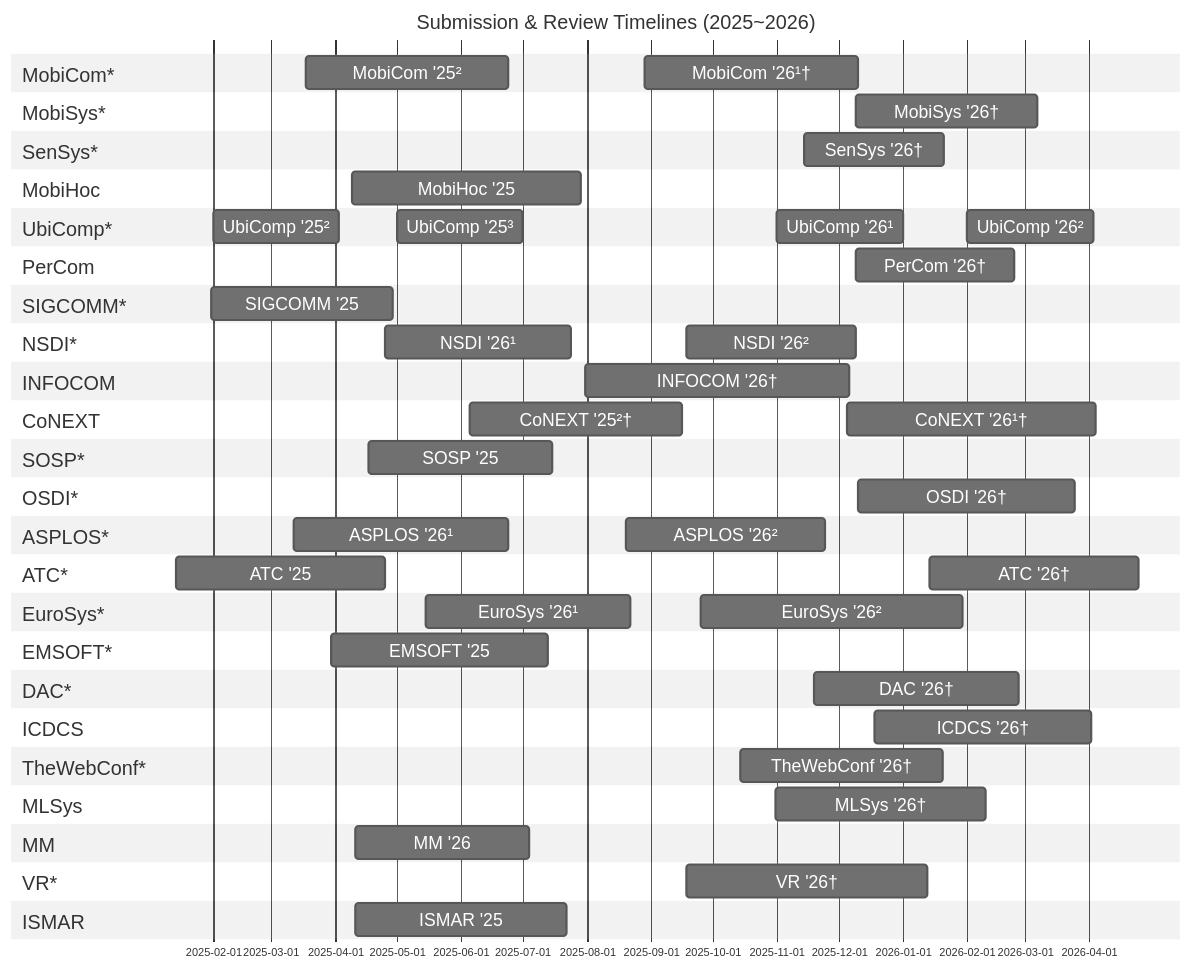
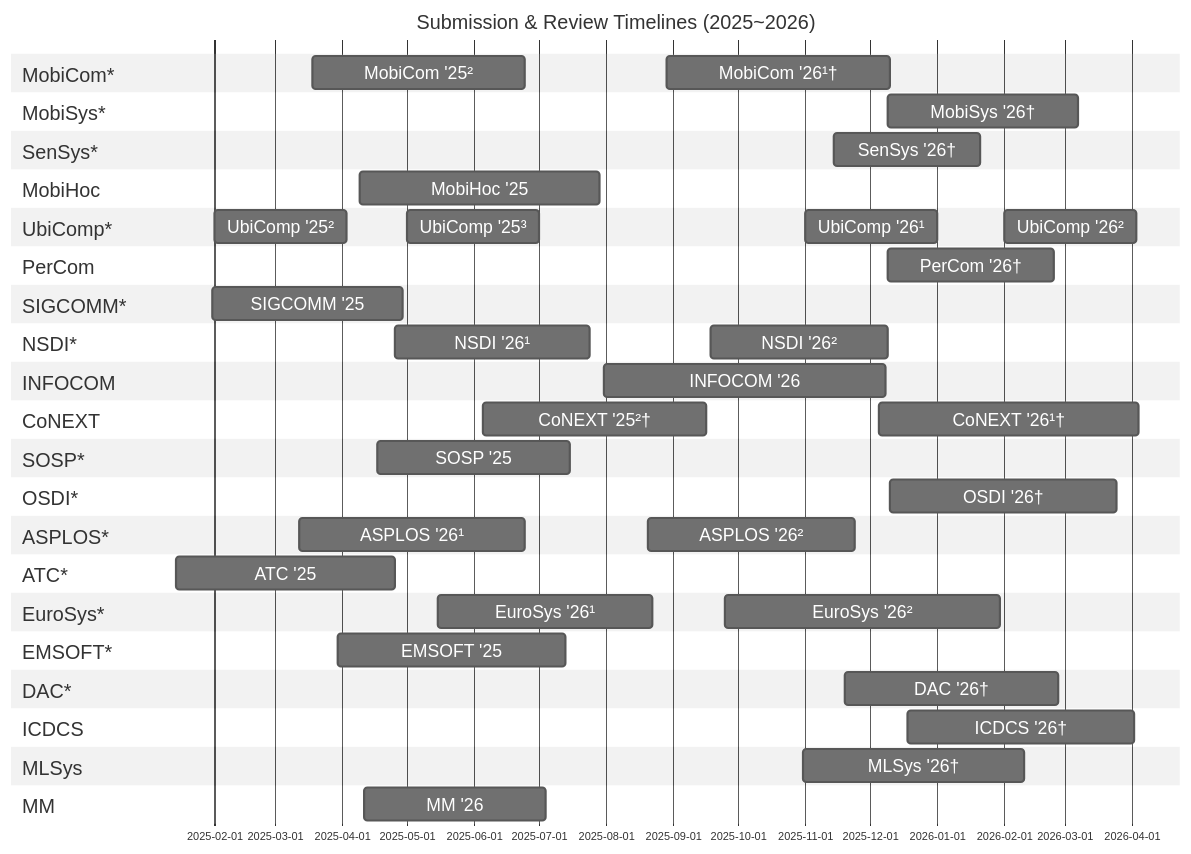
The diagram in README.md (iamseonghoon/Mobile-Systems-Conference-Timelines), drawn with Mermaid before and after one commit. The commit also changed other lines of this file, not shown here.

````diff
--- a/README.md
+++ b/README.md
@@ -58,7 +58,7 @@
     NSDI '26² :nsdi26-review2, 2025-09-18, 82d
 
     section INFOCOM
-    INFOCOM '26† :infocom26-review, 2025-07-31, 128d
+    INFOCOM '26 :infocom26-review, 2025-07-31, 130d
 
     section CoNEXT
     CoNEXT '26¹† :conext26-review1, 2025-12-05, 120d
@@ -79,7 +79,6 @@
 
     section ATC*
     ATC '25 :atc25-review, 2025-01-14, 101d
-    ATC '26† :atc26-review, 2026-01-14, 101d
 
     section EuroSys*
     EuroSys '26¹ :eurosys26-review1, 2025-05-15, 99d
@@ -98,12 +97,6 @@
     ICDCS '26† :icdcs26-review, 2025-12-18, 105d
 
     %% --------------------------
-    %% Web
-    %% --------------------------
-    section TheWebConf*
-    TheWebConf '26† :thewebconf26-review, 2025-10-14, 98d
-
-    %% --------------------------
     %% ML
     %% --------------------------
     section MLSys
@@ -115,13 +108,5 @@
     section MM
     MM '26 :mm26-review, 2025-04-11, 84d
 
-    %% --------------------------
-    %% AR/VR
-    %% --------------------------
-    section VR*
-    VR '26† :vr26-review, 2025-09-18, 117d
-
-    section ISMAR
-    ISMAR '25 :ismar25-review, 2025-04-11, 102d
 
 ```
````
